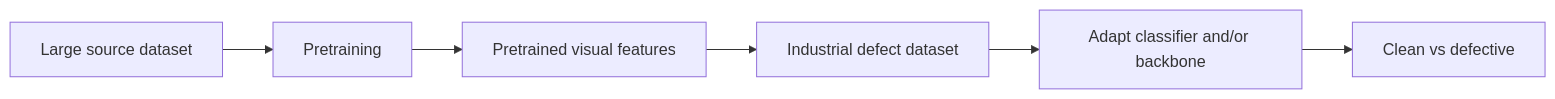
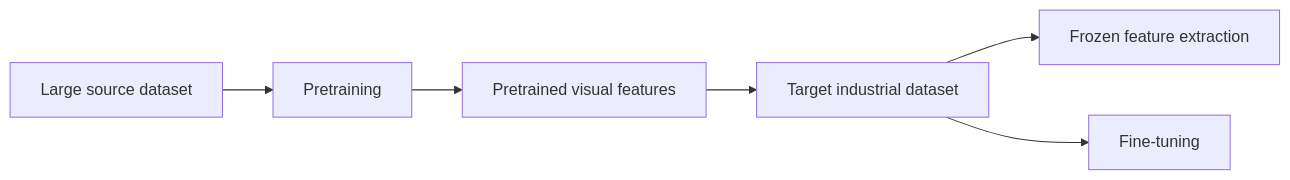
Before and after one commit to santiagoAvellaR/industrial-defect-vision: the diagram in docs/learning/deep-learning/transfer-learning/README.md, drawn with Mermaid. The commit also changed other lines of this file, not shown here.

````diff
--- a/docs/learning/deep-learning/transfer-learning/README.md
+++ b/docs/learning/deep-learning/transfer-learning/README.md
@@ -17,8 +24,8 @@
 ```mermaid
 flowchart LR
     A[Large source dataset] --> B[Pretraining]
     B --> C[Pretrained visual features]
-    C --> D[Industrial defect dataset]
-    D --> E[Adapt classifier and/or backbone]
-    E --> F[Clean vs defective]
+    C --> D[Target industrial dataset]
+    D --> E1[Frozen feature extraction]
+    D --> E2[Fine-tuning]
 ```
````
